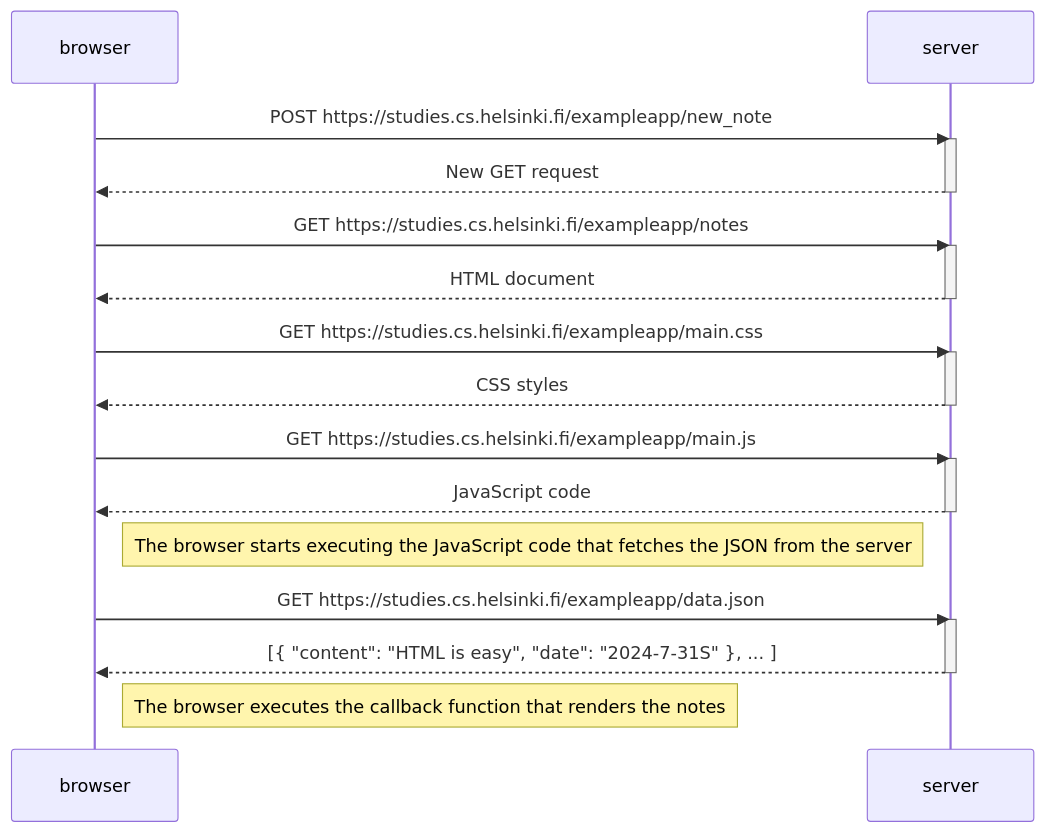
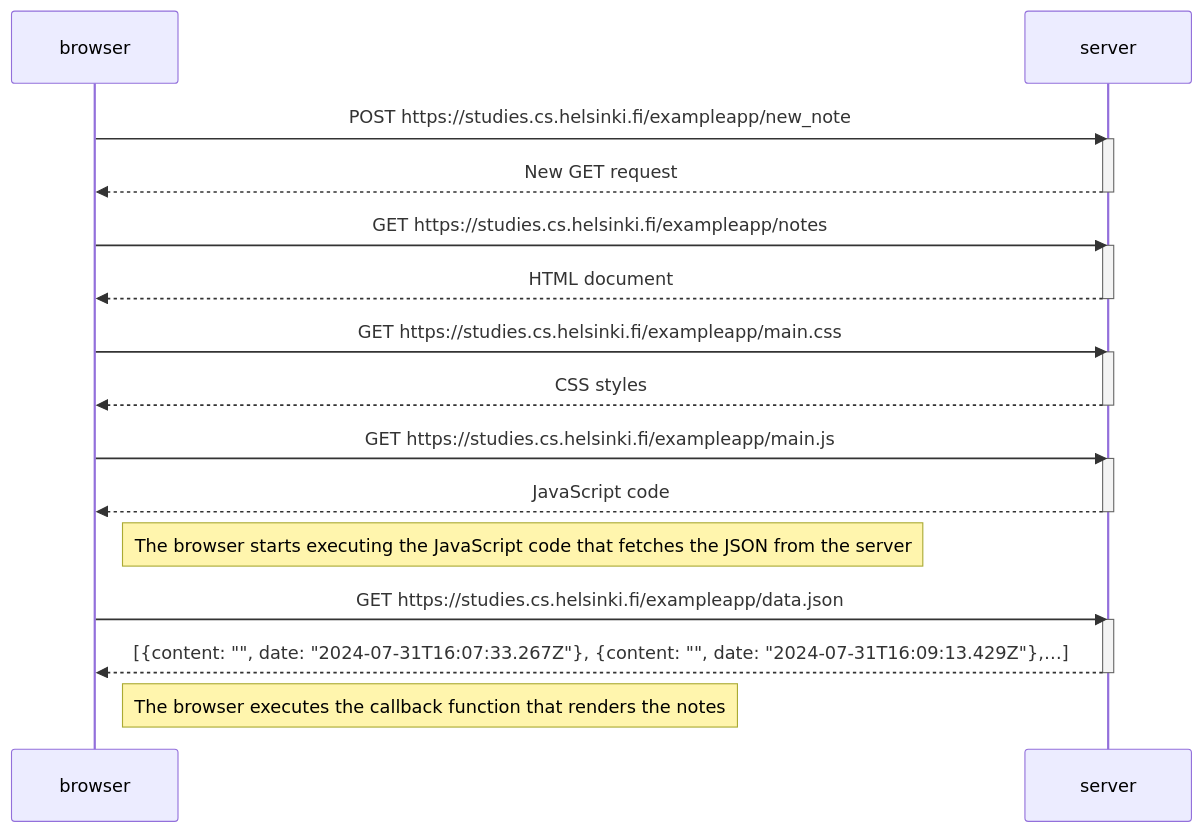
Before and after one commit to aswinkunju/fullstackopen-exercises: the diagram in part0/exercise0_4.md, drawn with Mermaid.

````diff
--- a/part0/exercise0_4.md
+++ b/part0/exercise0_4.md
@@ -1,34 +1,34 @@
 ```mermaid
 sequenceDiagram
     participant browser
     participant server
 
     browser->>server: POST https://studies.cs.helsinki.fi/exampleapp/new_note
     activate server
     server-->>browser: New GET request
     deactivate server
 
     browser->>server: GET https://studies.cs.helsinki.fi/exampleapp/notes
     activate server
     server-->>browser: HTML document
     deactivate server
 
     browser->>server: GET https://studies.cs.helsinki.fi/exampleapp/main.css
     activate server
     server-->>browser: CSS styles
     deactivate server
 
     browser->>server: GET https://studies.cs.helsinki.fi/exampleapp/main.js
     activate server
     server-->>browser: JavaScript code
     deactivate server
 
     Note right of browser: The browser starts executing the JavaScript code that fetches the JSON from the server
 
     browser->>server: GET https://studies.cs.helsinki.fi/exampleapp/data.json
     activate server
-    server-->>browser: [{ "content": "HTML is easy", "date": "2024-7-31S" }, ... ]
+    server-->>browser: [{content: "", date: "2024-07-31T16:07:33.267Z"}, {content: "", date: "2024-07-31T16:09:13.429Z"},…]
     deactivate server
 
     Note right of browser: The browser executes the callback function that renders the notes
 ```
````
